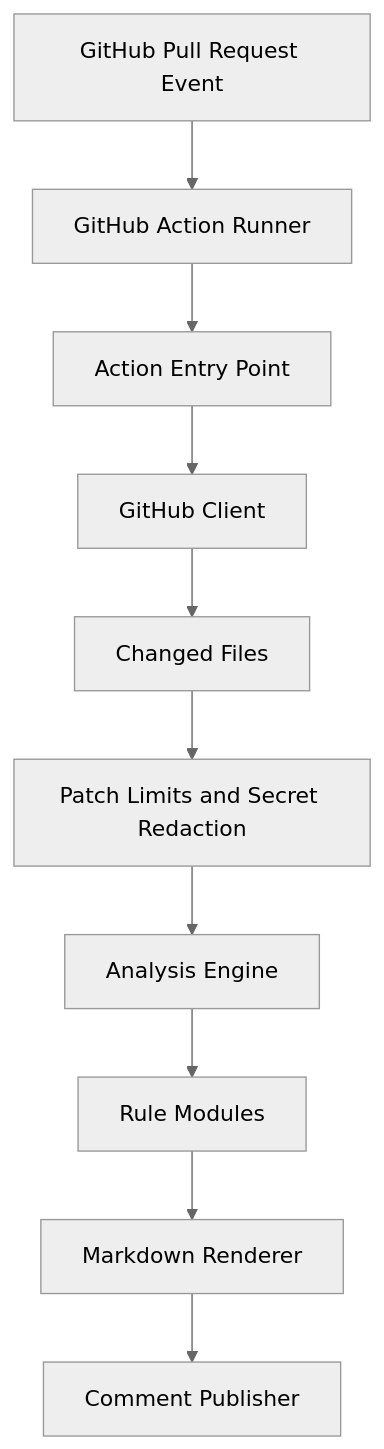
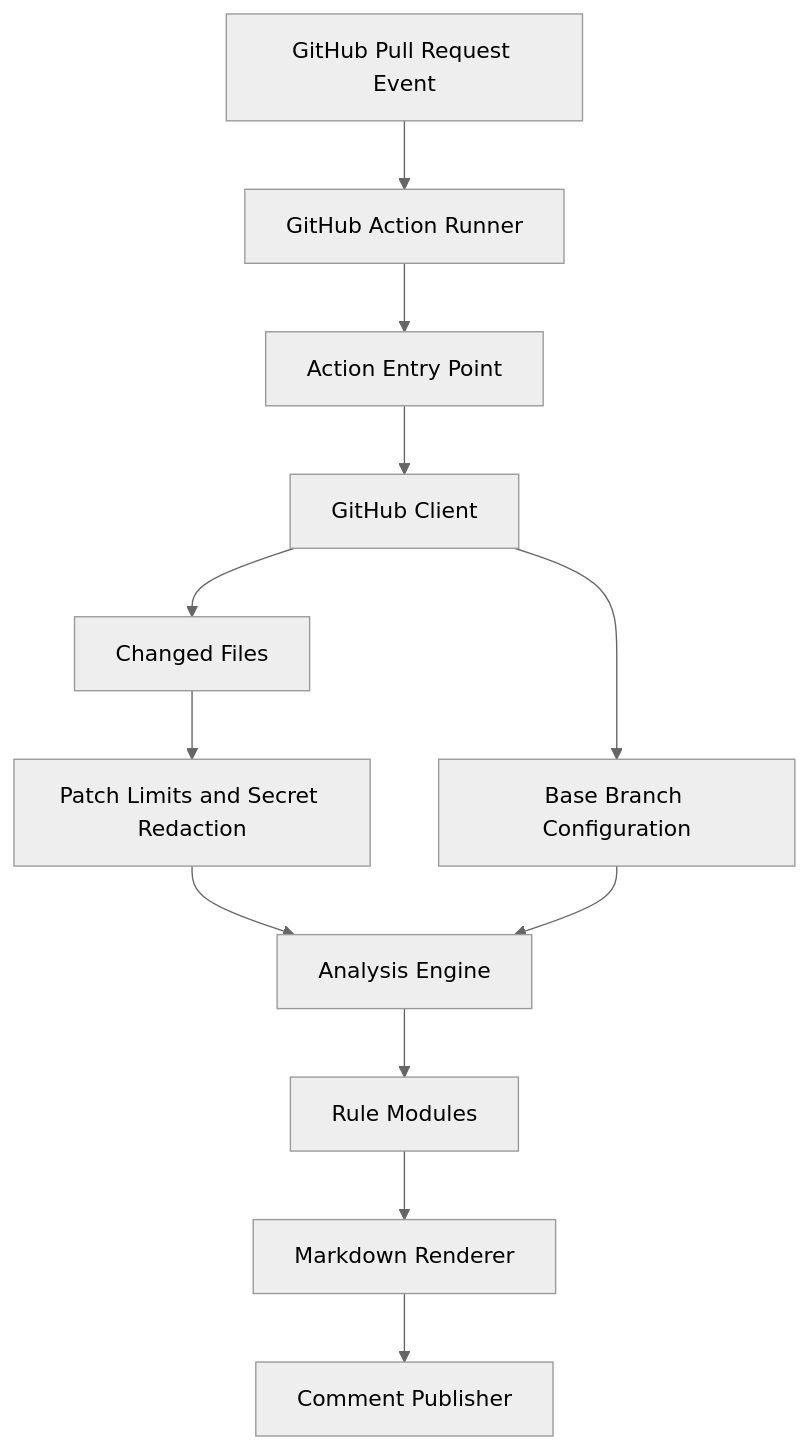
Before and after one commit to gabrielolvv/prism-review: the diagram in README.md, drawn with Mermaid (neutral theme). The commit also changed other lines of this file and 7 other files, not shown here.

Commit message:
docs: document base branch configuration and append mode

````diff
--- a/README.md
+++ b/README.md
@@ -103,12 +104,14 @@
 ```mermaid
 flowchart TD
     A["GitHub Pull Request Event"] --> B["GitHub Action Runner"]
     B --> C["Action Entry Point"]
     C --> D["GitHub Client"]
+    D --> K["Base Branch Configuration"]
     D --> E["Changed Files"]
     E --> P["Patch Limits and Secret Redaction"]
     P --> F["Analysis Engine"]
+    K --> F
     F --> G["Rule Modules"]
     G --> H["Markdown Renderer"]
     H --> I["Comment Publisher"]
 ```
````
